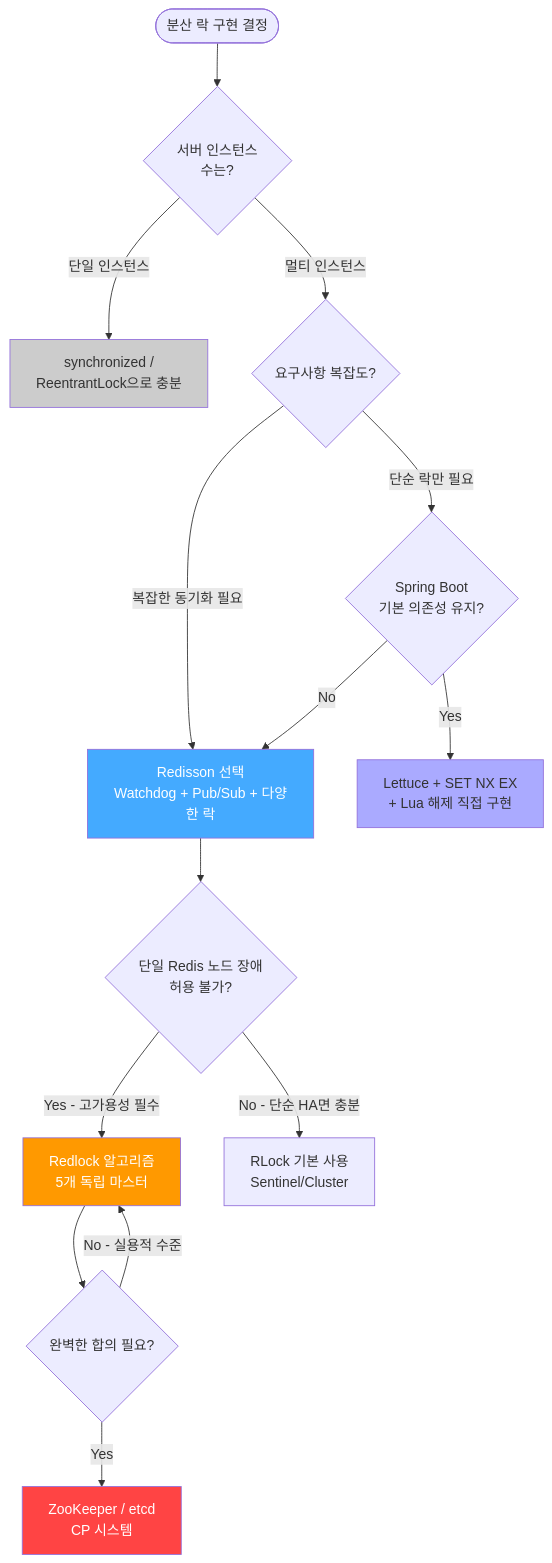
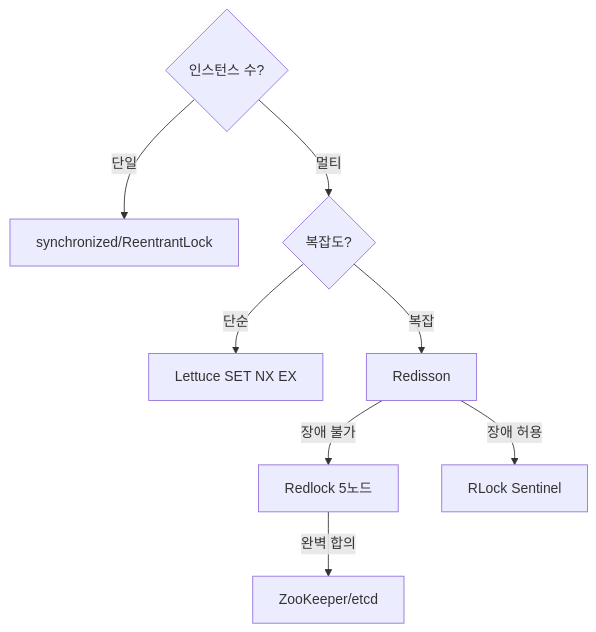
Before and after one commit to yjkim2015/yjkim2015.github.io: diagram 15 of 15 in _posts/redis/2026-05-01-redis-distributed-lock.md, drawn with Mermaid. The commit also changed other lines of this file and 215 other files, not shown here.

First line of the commit message:
신규 포스트 10개 추가 + Mermaid 전면 축소 + SystemDesign 시리즈 보강

````diff
--- a/_posts/redis/2026-05-01-redis-distributed-lock.md
+++ b/_posts/redis/2026-05-01-redis-distributed-lock.md
@@ -894,27 +785,10 @@
 ```mermaid
 flowchart TD
-    START([분산 락 구현 결정]) --> Q1{서버 인스턴스\n수는?}
-
-    Q1 -->|단일 인스턴스| SYNC[synchronized /\nReentrantLock으로 충분]
-    Q1 -->|멀티 인스턴스| Q2{요구사항 복잡도?}
-
-    Q2 -->|단순 락만 필요| Q3{Spring Boot\n기본 의존성 유지?}
-    Q2 -->|복잡한 동기화 필요| REDISSON[Redisson 선택\nWatchdog + Pub/Sub + 다양한 락]
-
-    Q3 -->|Yes| LETTUCE[Lettuce + SET NX EX\n+ Lua 해제 직접 구현]
-    Q3 -->|No| REDISSON
-
-    REDISSON --> Q4{단일 Redis 노드 장애\n허용 불가?}
-    Q4 -->|Yes - 고가용성 필수| REDLOCK[Redlock 알고리즘\n5개 독립 마스터]
-    Q4 -->|No - 단순 HA면 충분| RLOCK[RLock 기본 사용\nSentinel/Cluster]
-
-    REDLOCK --> Q5{완벽한 합의 필요?}
-    Q5 -->|Yes| ZK[ZooKeeper / etcd\nCP 시스템]
-    Q5 -->|No - 실용적 수준| REDLOCK
-
-    style SYNC fill:#ccc
-    style LETTUCE fill:#aaf
-    style REDISSON fill:#4af,color:#fff
-    style REDLOCK fill:#f90,color:#fff
-    style ZK fill:#f44,color:#fff
+    Q1{인스턴스 수?} -->|단일| SYNC[synchronized/ReentrantLock]
+    Q1 -->|멀티| Q2{복잡도?}
+    Q2 -->|단순| LETTUCE[Lettuce SET NX EX]
+    Q2 -->|복잡| REDISSON[Redisson]
+    REDISSON -->|장애 불가| REDLOCK[Redlock 5노드]
+    REDLOCK -->|완벽 합의| ZK[ZooKeeper/etcd]
+    REDISSON -->|장애 허용| RLOCK[RLock Sentinel]
 ```
````
